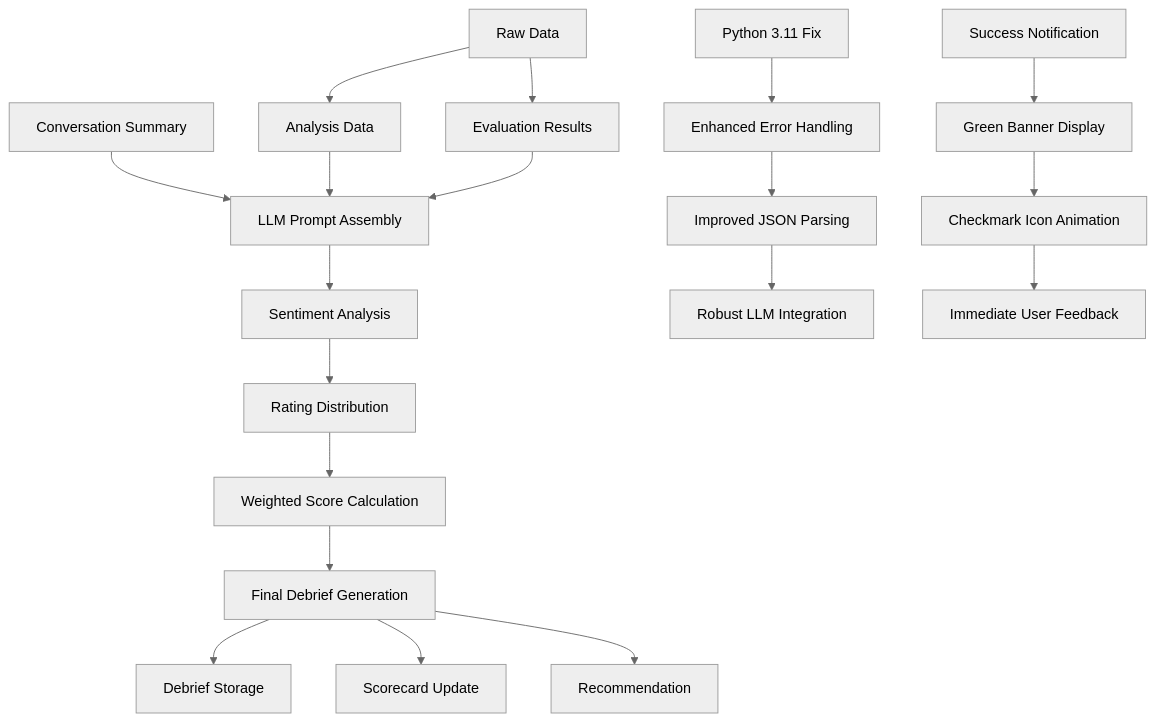
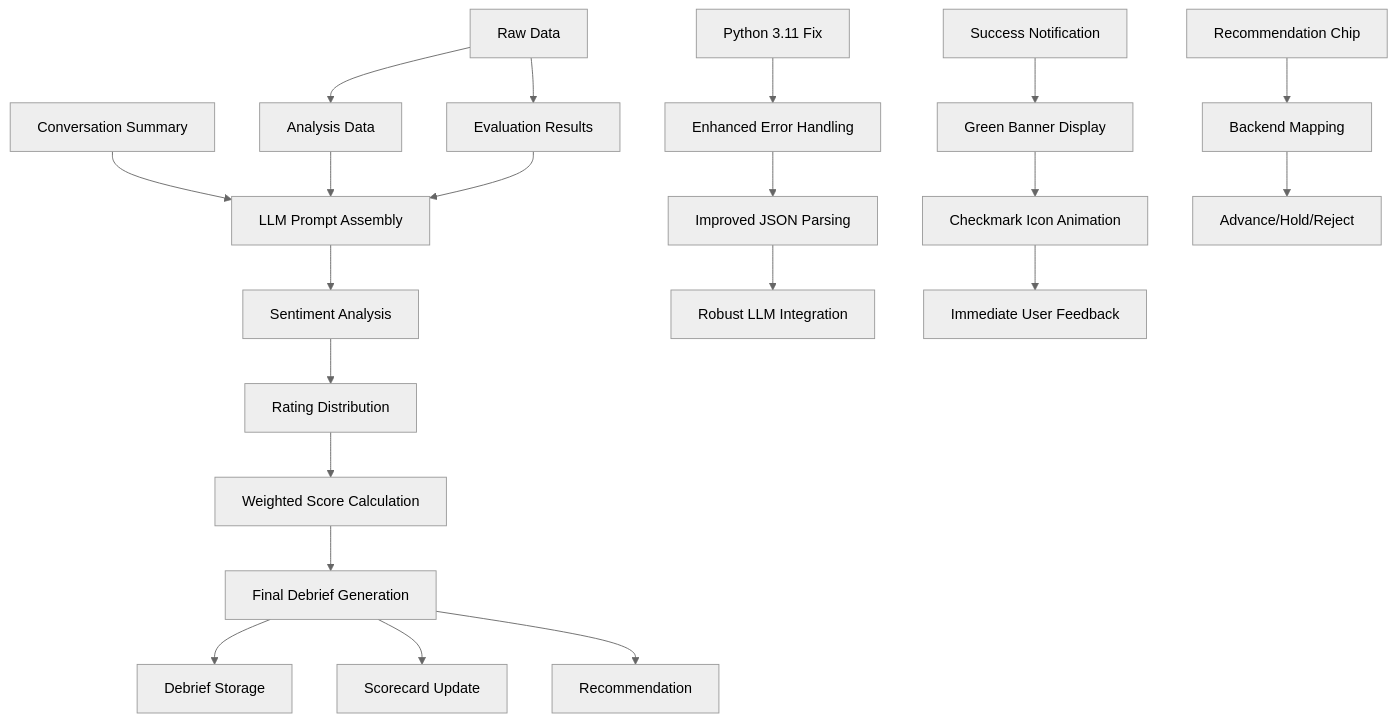
One commit to Revanththetalogics/aireume changed the sixth of 10 diagrams in .qoder/repowiki/en/content/Frontend Architecture/Component Library/PhoneScreenKit Component.md. Above: the diagram before and after it, drawn with Mermaid (neutral theme). The commit also changed other lines of this file and 4 other files, not shown here.

````diff
--- a/.qoder/repowiki/en/content/Frontend Architecture/Component Library/PhoneScreenKit Component.md
+++ b/.qoder/repowiki/en/content/Frontend Architecture/Component Library/PhoneScreenKit Component.md
@@ -311,21 +321,23 @@
 ```mermaid
 flowchart TD
 A[Conversation Summary] --> B[LLM Prompt Assembly]
 B --> C[Sentiment Analysis]
 C --> D[Rating Distribution]
 D --> E[Weighted Score Calculation]
 E --> F[Final Debrief Generation]
 G[Raw Data] --> H[Analysis Data]
 G --> I[Evaluation Results]
 H --> B
 I --> B
 F --> J[Debrief Storage]
 F --> K[Scorecard Update]
 F --> L[Recommendation]
 M[Python 3.11 Fix] --> N[Enhanced Error Handling]
 N --> O[Improved JSON Parsing]
 O --> P[Robust LLM Integration]
 Q[Success Notification] --> R[Green Banner Display]
 R --> S[Checkmark Icon Animation]
 S --> T[Immediate User Feedback]
+U[Recommendation Chip] --> V[Backend Mapping]
+V --> W[Advance/Hold/Reject]
 ```
````
